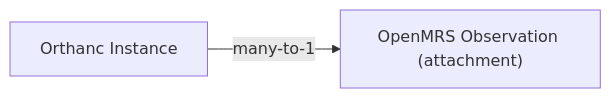
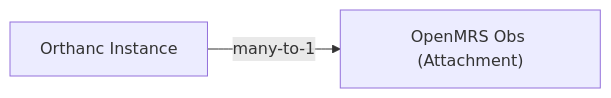
One commit to ozone-his/ozone-docs changed the second of 2 diagrams in docs/users/openmrs-orthanc.md. Above: the diagram before and after it, drawn with Mermaid. The commit also changed other lines of this file and 1 other file, not shown here.

````diff
--- a/docs/users/openmrs-orthanc.md
+++ b/docs/users/openmrs-orthanc.md
@@ -33,4 +33,4 @@
 ``` mermaid
 flowchart LR
-    a["Orthanc Instance"]-- many-to-1 -->b["OpenMRS Observation (attachment)"]
+    a["Orthanc Instance"]-- many-to-1 -->b["OpenMRS Obs (Attachment)"]
 ```
````
